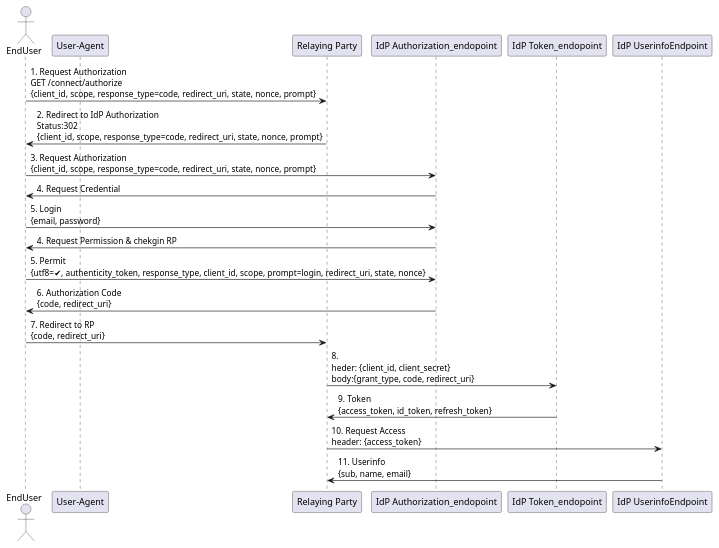
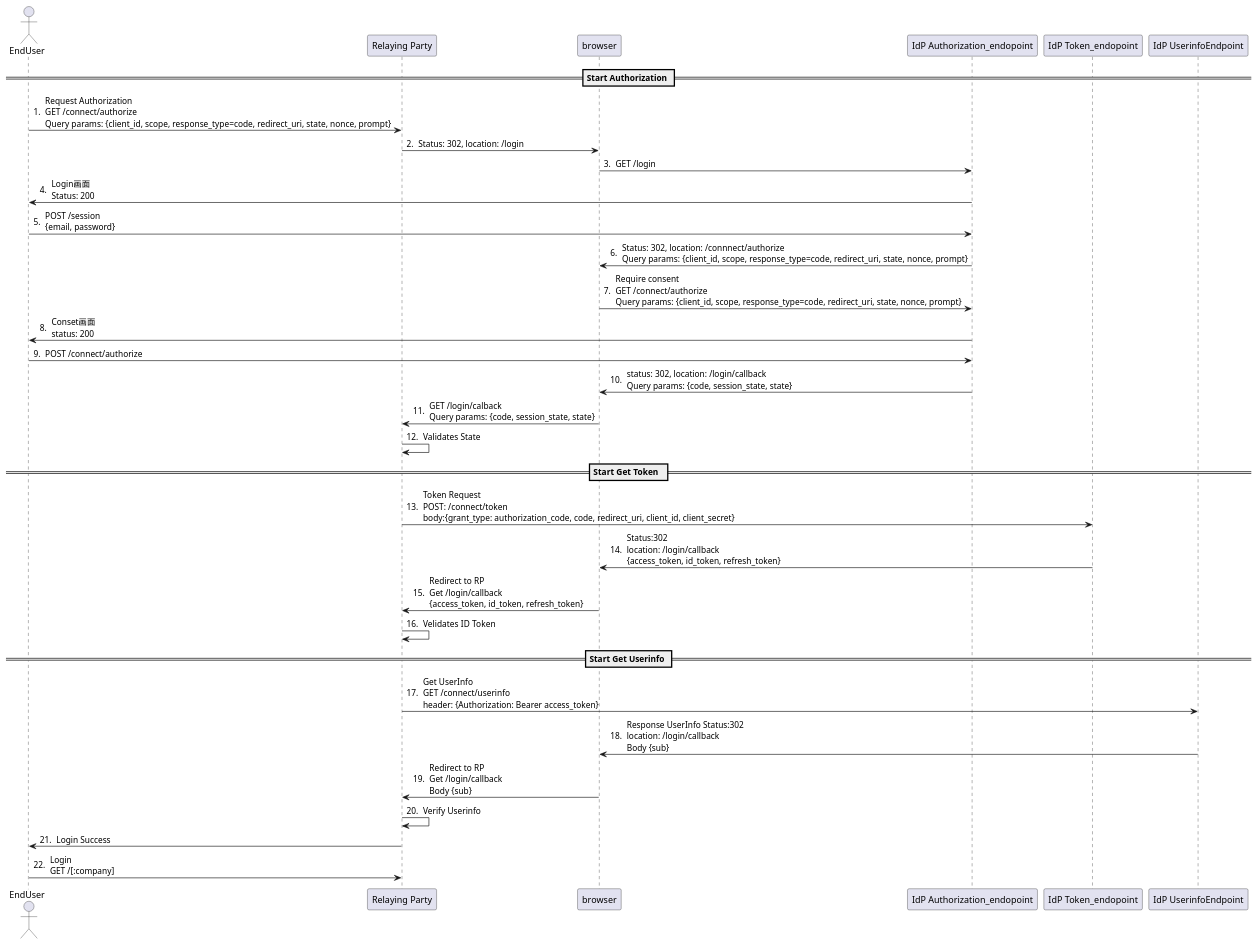
One commit to Lee266/my-docs changed the diagram in authentication/openid-connect/authorization-code-flow.pu. Above: the diagram before and after it, drawn with PlantUML.

Commit message:
refactor: Authorization Code Flowにbrowserを追加

```diff
--- a/authentication/openid-connect/authorization-code-flow.pu
+++ b/authentication/openid-connect/authorization-code-flow.pu
@@ -2,23 +2,36 @@
 @startuml Authorization Code Flow
 
 Actor "EndUser" as EndUser
-Participant "User-Agent" as UserAgent
 participant "Relaying Party" as RP
+Participant "browser" as UserAgent
 participant "IdP Authorization_endopoint" as IdP_authorization
 participant "IdP Token_endopoint" as IdP_token
 participant "IdP UserinfoEndpoint" as Userinfo
+autonumber ". "
 
-EndUser -> RP: 1. Request Authorization\nGET /connect/authorize\n{client_id, scope, response_type=code, redirect_uri, state, nonce, prompt}
-RP -> EndUser: 2. Redirect to IdP Authorization\nStatus:302\n{client_id, scope, response_type=code, redirect_uri, state, nonce, prompt}
-EndUser -> IdP_authorization: 3. Request Authorization\n{client_id, scope, response_type=code, redirect_uri, state, nonce, prompt}
-IdP_authorization -> EndUser: 4. Request Credential
-EndUser -> IdP_authorization: 5. Login\n{email, password}
-IdP_authorization -> EndUser: 4. Request Permission & chekgin RP
-EndUser -> IdP_authorization: 5. Permit\n{utf8=✔︎, authenticity_token, response_type, client_id, scope, prompt=login, redirect_uri, state, nonce}
-IdP_authorization -> EndUser: 6. Authorization Code\n{code, redirect_uri}
-EndUser -> RP: 7. Redirect to RP\n{code, redirect_uri}
-RP -> IdP_token: 8. \nheder: {client_id, client_secret}\nbody:{grant_type, code, redirect_uri}
-IdP_token -> RP: 9. Token\n{access_token, id_token, refresh_token}
-RP -> Userinfo: 10. Request Access\nheader: {access_token}
-Userinfo -> RP: 11. Userinfo\n{sub, name, email}
+== Start Authorization ==
+EndUser -> RP: Request Authorization\nGET /connect/authorize\nQuery params: {client_id, scope, response_type=code, redirect_uri, state, nonce, prompt}
+RP -> UserAgent: Status: 302, location: /login
+UserAgent -> IdP_authorization: GET /login
+IdP_authorization -> EndUser: Login画面\nStatus: 200
+EndUser -> IdP_authorization: POST /session\n{email, password}
+IdP_authorization -> UserAgent: Status: 302, location: /connnect/authorize\nQuery params: {client_id, scope, response_type=code, redirect_uri, state, nonce, prompt}
+UserAgent -> IdP_authorization: Require consent\nGET /connect/authorize\nQuery params: {client_id, scope, response_type=code, redirect_uri, state, nonce, prompt}
+IdP_authorization -> EndUser: Conset画面\nstatus: 200
+EndUser -> IdP_authorization: POST /connect/authorize
+IdP_authorization -> UserAgent: status: 302, location: /login/callback \nQuery params: {code, session_state, state}
+UserAgent -> RP: GET /login/calback\nQuery params: {code, session_state, state}
+RP -> RP: Validates State
+== Start Get Token  ==
+RP -> IdP_token: Token Request\nPOST: /connect/token\nbody:{grant_type: authorization_code, code, redirect_uri, client_id, client_secret}
+IdP_token -> UserAgent: Status:302\nlocation: /login/callback\n{access_token, id_token, refresh_token}
+UserAgent -> RP: Redirect to RP\nGet /login/callback\n{access_token, id_token, refresh_token}
+RP -> RP: Velidates ID Token
+== Start Get Userinfo ==
+RP -> Userinfo: Get UserInfo\nGET /connect/userinfo \nheader: {Authorization: Bearer access_token}
+Userinfo -> UserAgent: Response UserInfo Status:302\nlocation: /login/callback\nBody {sub}
+UserAgent ->  RP: Redirect to RP\nGet /login/callback\nBody {sub}
+RP -> RP: Verify Userinfo
+RP -> EndUser: Login Success
+EndUser -> RP: Login\nGET /[:company]
 @enduml
```
